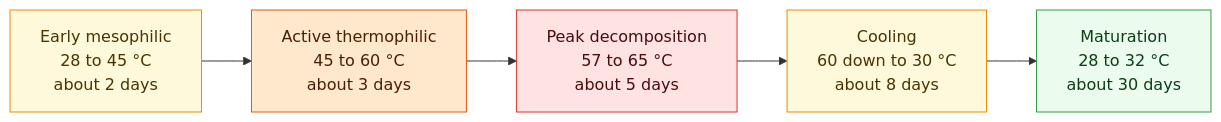
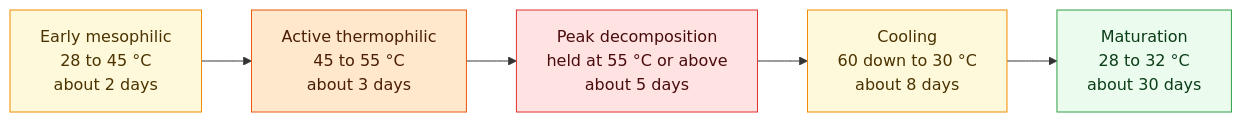
Before and after one commit to thinkingjet/compost_iot_system: the fifth of 5 diagrams in README.md, drawn with Mermaid. The commit also changed other lines of this file and 4 other files, not shown here.

````diff
--- a/README.md
+++ b/README.md
@@ -180,18 +180,18 @@
 ```mermaid
 flowchart LR
     s0["Early mesophilic<br/>28 to 45 °C<br/>about 2 days"]
-    s1["Active thermophilic<br/>45 to 60 °C<br/>about 3 days"]
-    s2["Peak decomposition<br/>57 to 65 °C<br/>about 5 days"]
+    s1["Active thermophilic<br/>45 to 55 °C<br/>about 3 days"]
+    s2["Peak decomposition<br/>held at 55 °C or above<br/>about 5 days"]
     s3["Cooling<br/>60 down to 30 °C<br/>about 8 days"]
     s4["Maturation<br/>28 to 32 °C<br/>about 30 days"]
     s0 --> s1 --> s2 --> s3 --> s4
 
     classDef warm fill:#fff9db,stroke:#f08c00,color:#4a3300
     classDef hot fill:#ffe8cc,stroke:#e8590c,color:#4a1f04
     classDef peak fill:#ffe3e3,stroke:#e03131,color:#4a0b0b
     classDef mature fill:#ebfbee,stroke:#2f9e44,color:#0b3d17
     class s0,s3 warm
     class s1 hot
     class s2 peak
     class s4 mature
 ```
````
